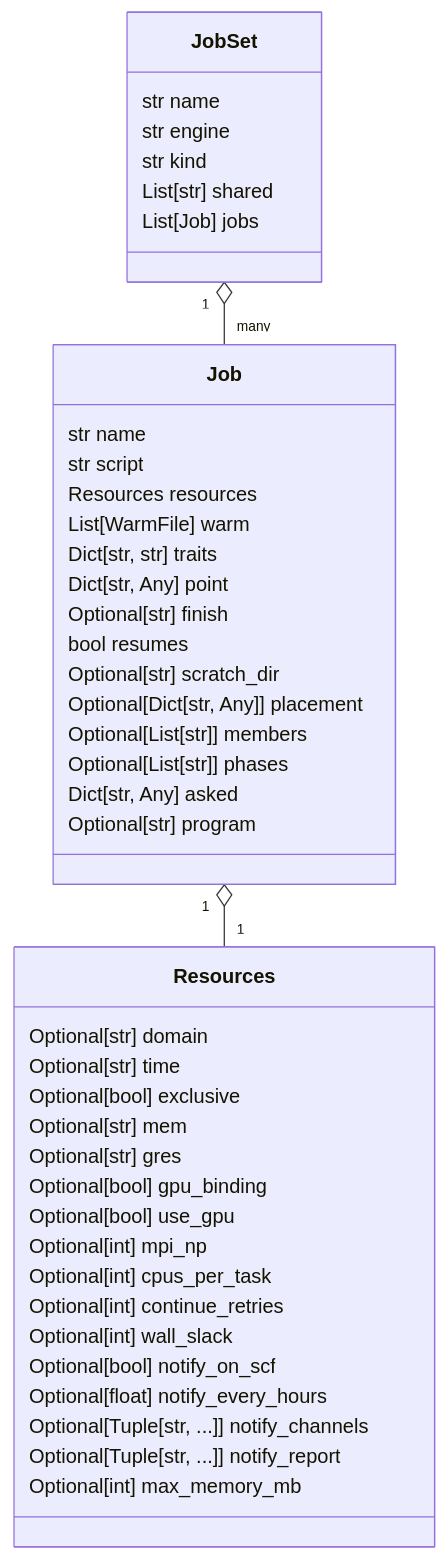
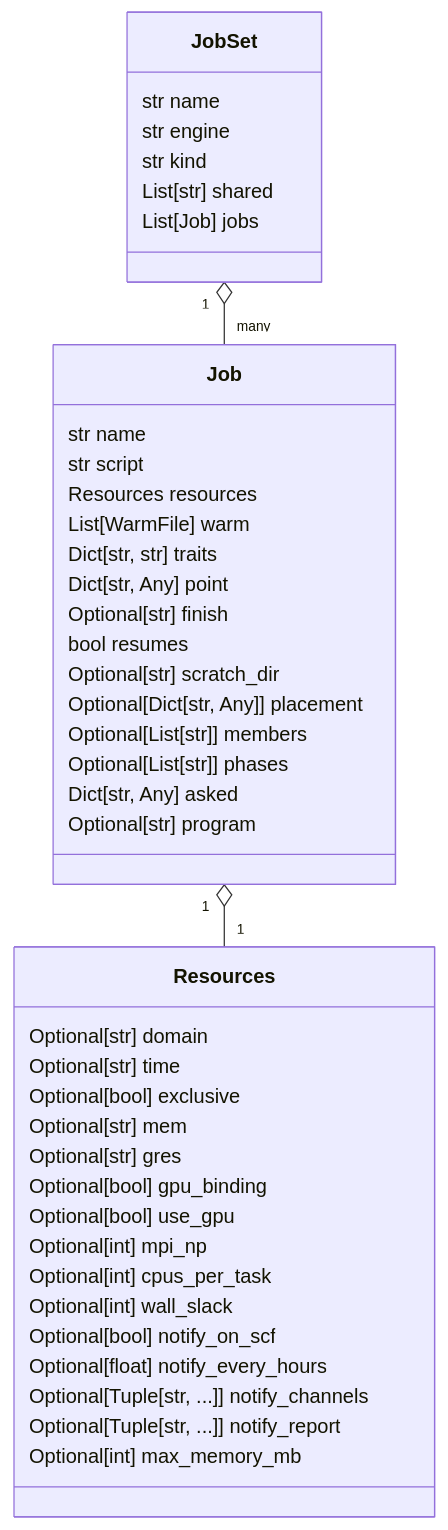
Before and after one commit to Qing-LAB/molbuilder: the seventh of 19 diagrams in docs/execution/job-system.md, drawn with Mermaid. The commit also changed other lines of this file and 122 other files, not shown here.

````diff
--- a/docs/execution/job-system.md
+++ b/docs/execution/job-system.md
@@ -1172,46 +1170,45 @@
 ```mermaid
 classDiagram
     class JobSet {
       str name
       str engine
       str kind
       List[str] shared
       List[Job] jobs
     }
     class Job {
       str name
       str script
       Resources resources
       List[WarmFile] warm
       Dict[str, str] traits
       Dict[str, Any] point
       Optional[str] finish
       bool resumes
       Optional[str] scratch_dir
       Optional[Dict[str, Any]] placement
       Optional[List[str]] members
       Optional[List[str]] phases
       Dict[str, Any] asked
       Optional[str] program
     }
     class Resources {
       Optional[str] domain
       Optional[str] time
       Optional[bool] exclusive
       Optional[str] mem
       Optional[str] gres
       Optional[bool] gpu_binding
       Optional[bool] use_gpu
       Optional[int] mpi_np
       Optional[int] cpus_per_task
-      Optional[int] continue_retries
       Optional[int] wall_slack
       Optional[bool] notify_on_scf
       Optional[float] notify_every_hours
       Optional[Tuple[str, ...]] notify_channels
       Optional[Tuple[str, ...]] notify_report
       Optional[int] max_memory_mb
     }
     JobSet "1" o-- "many" Job
     Job "1" o-- "1" Resources
 ```
````
